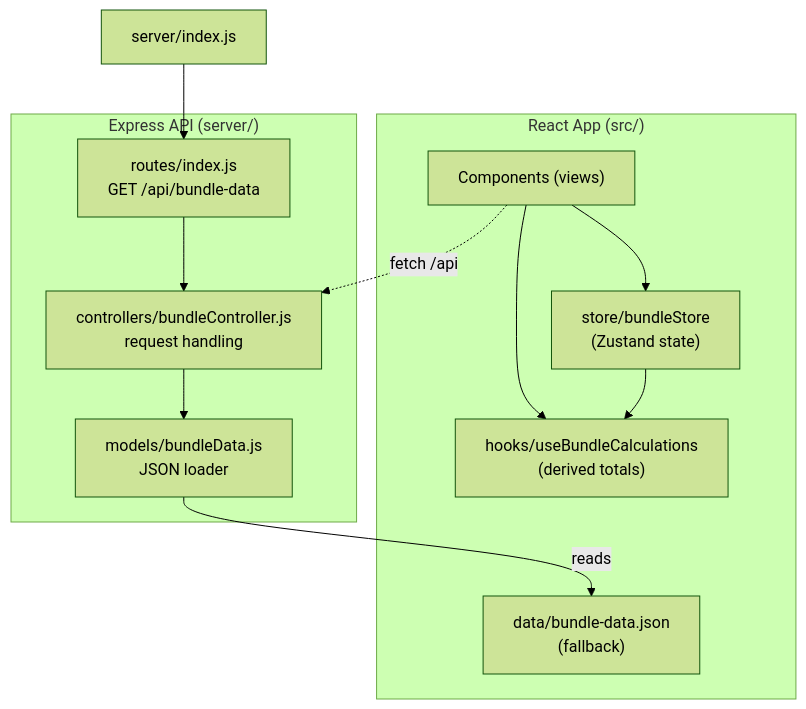
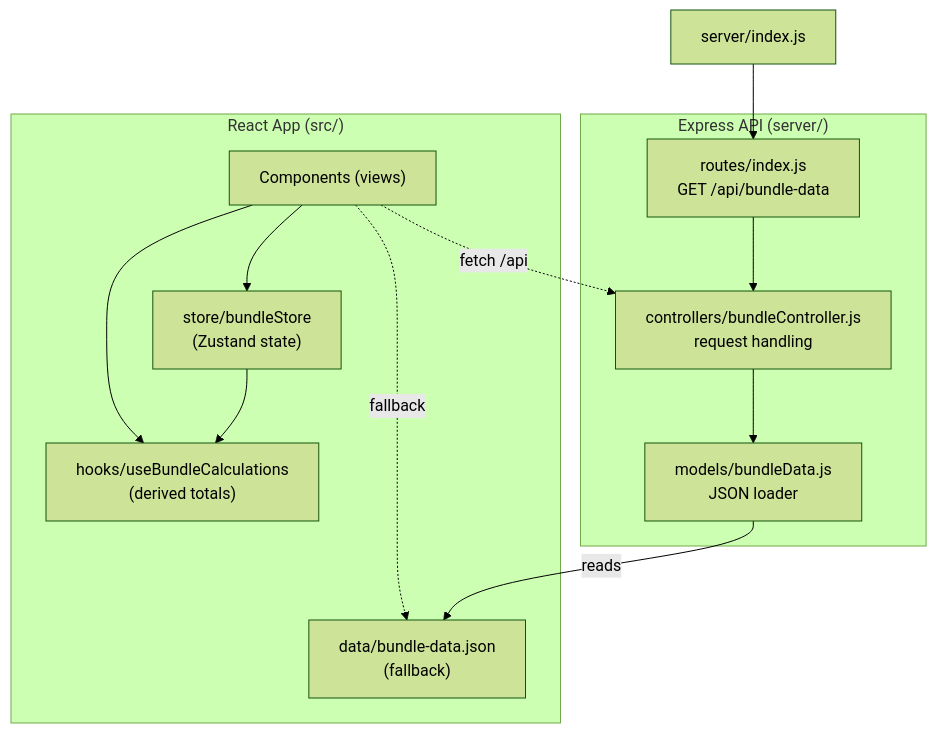
Before and after one commit to sarahibrahim0/sarah-ibrahim-bundle-builder-: the diagram in README.md, drawn with Mermaid (forest theme). The commit also changed other lines of this file and 1 other file, not shown here.

Commit message:
add API fallback back, update readme

````diff
--- a/README.md
+++ b/README.md
@@ -5,26 +5,27 @@
 ```mermaid
 graph TB
     subgraph Frontend["React App (src/)"]
         COMP["Components (views)"]
         STORE["store/bundleStore<br/>(Zustand state)"]
         HOOKS["hooks/useBundleCalculations<br/>(derived totals)"]
         DATA["data/bundle-data.json<br/>(fallback)"]
     end
 
     subgraph Server["Express API (server/)"]
         ROUTES["routes/index.js<br/>GET /api/bundle-data"]
         CTLRS["controllers/bundleController.js<br/>request handling"]
         MODELS["models/bundleData.js<br/>JSON loader"]
     end
 
     COMP --> STORE
     COMP --> HOOKS
     STORE --> HOOKS
     COMP -.->|fetch /api| CTLRS
+    COMP -.->|fallback| DATA
     CTLRS --> MODELS
     MODELS -->|reads| DATA
     ROUTES --> CTLRS
     SERVER_ENTRY["server/index.js"] --> ROUTES
 
     linkStyle 3 stroke-dash:4px;
 ```
````
